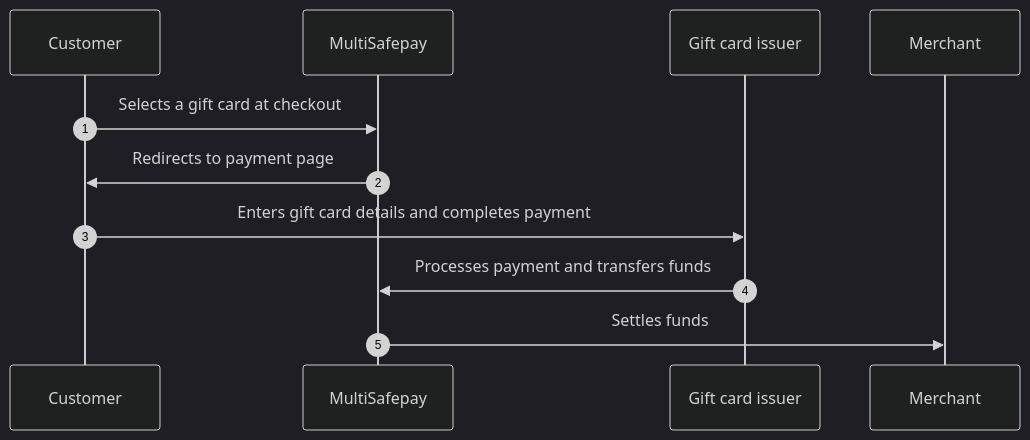
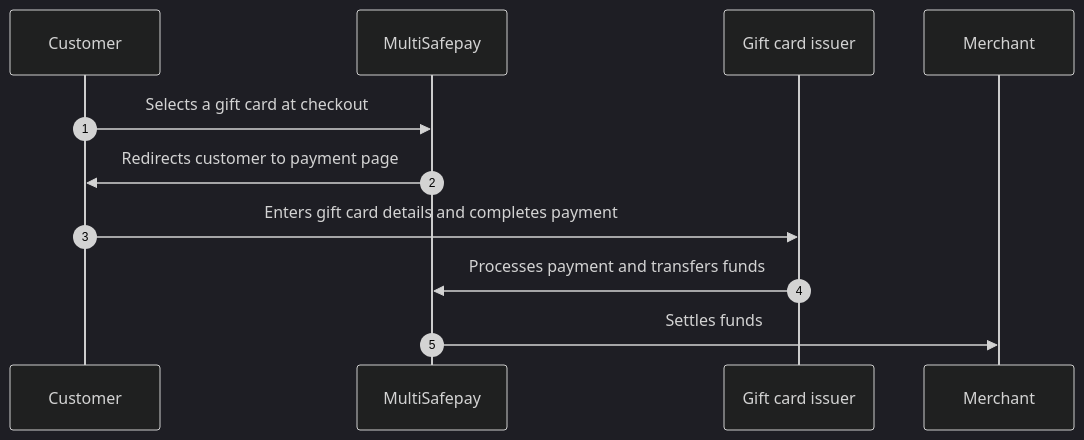
One commit to MultiSafepay/docs changed the diagram in content/payments/methods/prepaid-cards/gift-cards/payment-flow.md. Above: the diagram before and after it, drawn with Mermaid (dark theme). The commit also changed other lines of this file and 34 other files, not shown here.

```diff
--- a/content/payments/methods/prepaid-cards/gift-cards/payment-flow.md
+++ b/content/payments/methods/prepaid-cards/gift-cards/payment-flow.md
@@ -16,16 +16,16 @@
 {{< mermaid class="text-center" >}}
 
 sequenceDiagram
     autonumber
     participant C as Customer
     participant Mu as MultiSafepay
     participant G as Gift card issuer
     participant Me as Merchant
 
     C->>Mu: Selects a gift card at checkout
-    Mu->>C: Redirects to payment page
+    Mu->>C: Redirects customer to payment page
     C->>G: Enters gift card details and completes payment
     G->>Mu: Processes payment and transfers funds 
     Mu->>Me: Settles funds
 
 {{< /mermaid >}}
```
